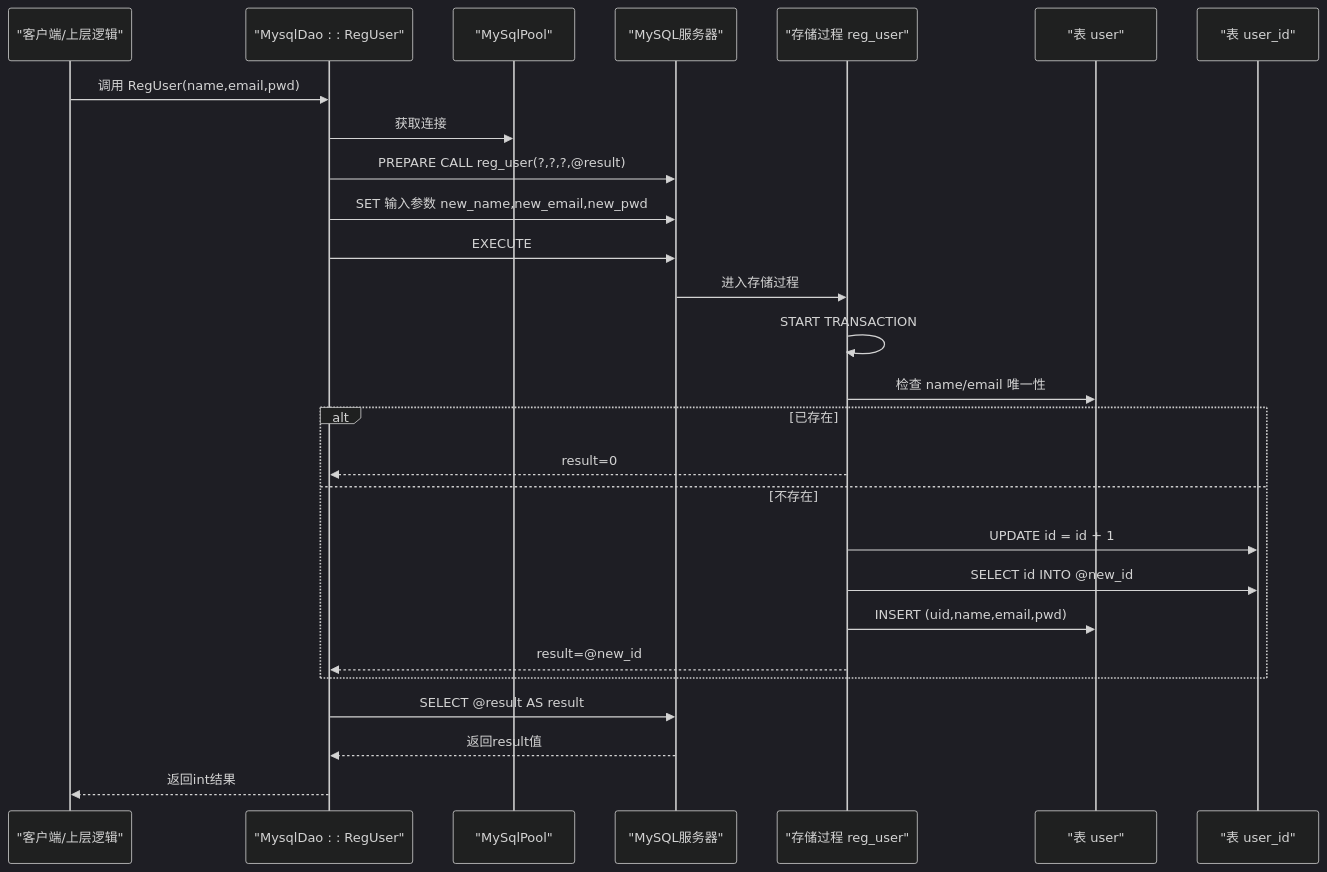
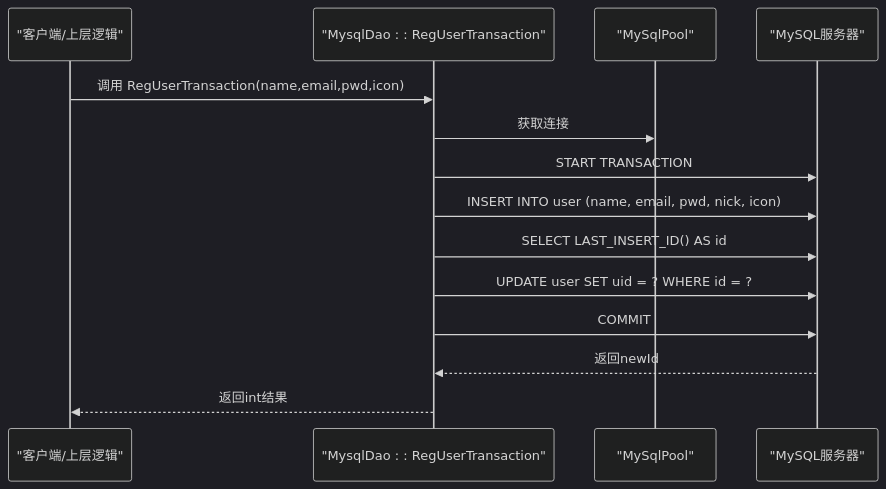
One commit to echo9923/mychatter changed the second of 6 diagrams in .qoder/repowiki/zh/content/数据库设计/数据库表结构/数据库存储过程(reg_user, reg_user_procedure).md. Above: the diagram before and after it, drawn with Mermaid (dark theme). The commit also changed other lines of this file and 58 other files, not shown here.

````diff
--- a/.qoder/repowiki/zh/content/数据库设计/数据库表结构/数据库存储过程(reg_user, reg_user_procedure).md
+++ b/.qoder/repowiki/zh/content/数据库设计/数据库表结构/数据库存储过程(reg_user, reg_user_procedure).md
@@ -72,29 +79,16 @@
 ```mermaid
 sequenceDiagram
 participant Client as "客户端/上层逻辑"
-participant DAO as "MysqlDao : : RegUser"
+participant DAO as "MysqlDao : : RegUserTransaction"
 participant Pool as "MySqlPool"
 participant DB as "MySQL服务器"
-participant Proc as "存储过程 reg_user"
-participant TblU as "表 user"
-participant TblUID as "表 user_id"
-Client->>DAO : 调用 RegUser(name,email,pwd)
+Client->>DAO : 调用 RegUserTransaction(name,email,pwd,icon)
 DAO->>Pool : 获取连接
-DAO->>DB : PREPARE CALL reg_user(?,?,?,@result)
-DAO->>DB : SET 输入参数 new_name,new_email,new_pwd
-DAO->>DB : EXECUTE
-DB->>Proc : 进入存储过程
-Proc->>Proc : START TRANSACTION
-Proc->>TblU : 检查 name/email 唯一性
-alt 已存在
-Proc-->>DAO : result=0
-else 不存在
-Proc->>TblUID : UPDATE id = id + 1
-Proc->>TblUID : SELECT id INTO @new_id
-Proc->>TblU : INSERT (uid,name,email,pwd)
-Proc-->>DAO : result=@new_id
-end
-DAO->>DB : SELECT @result AS result
-DB-->>DAO : 返回result值
+DAO->>DB : START TRANSACTION
+DAO->>DB : INSERT INTO user (name, email, pwd, nick, icon)
+DAO->>DB : SELECT LAST_INSERT_ID() AS id
+DAO->>DB : UPDATE user SET uid = ? WHERE id = ?
+DAO->>DB : COMMIT
+DB-->>DAO : 返回newId
 DAO-->>Client : 返回int结果
 ```
````
